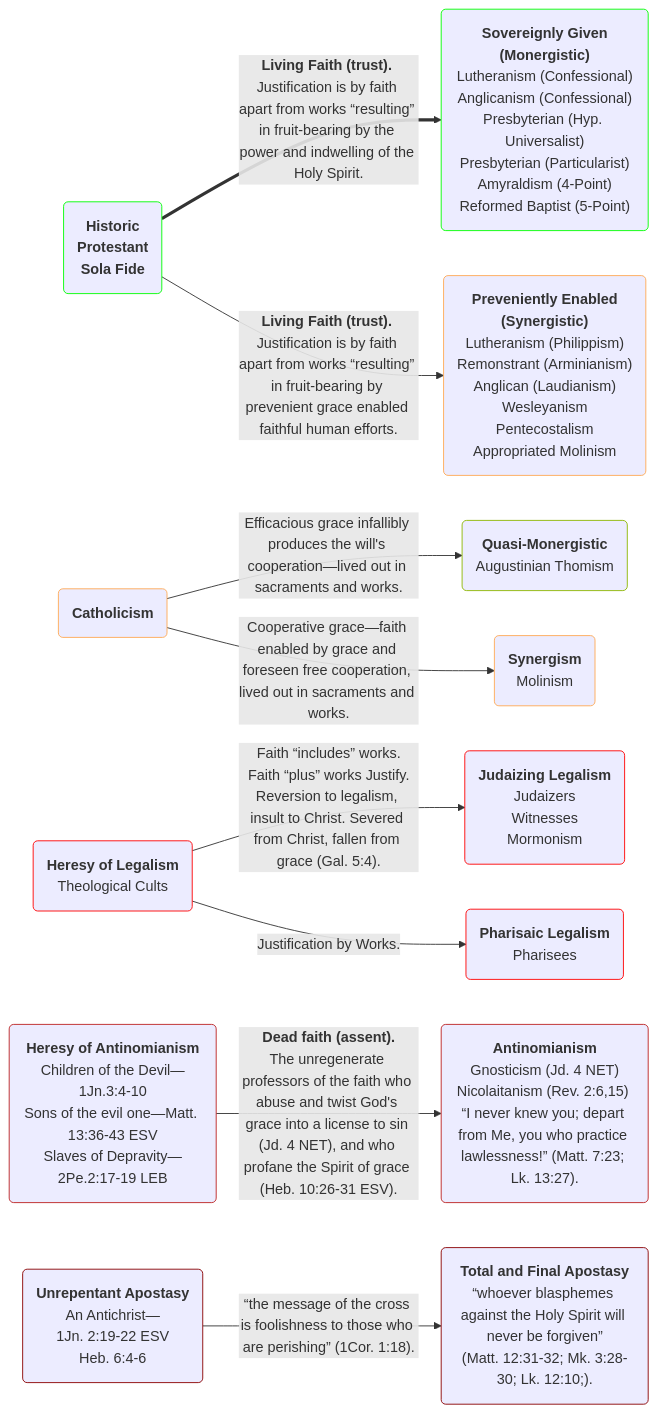
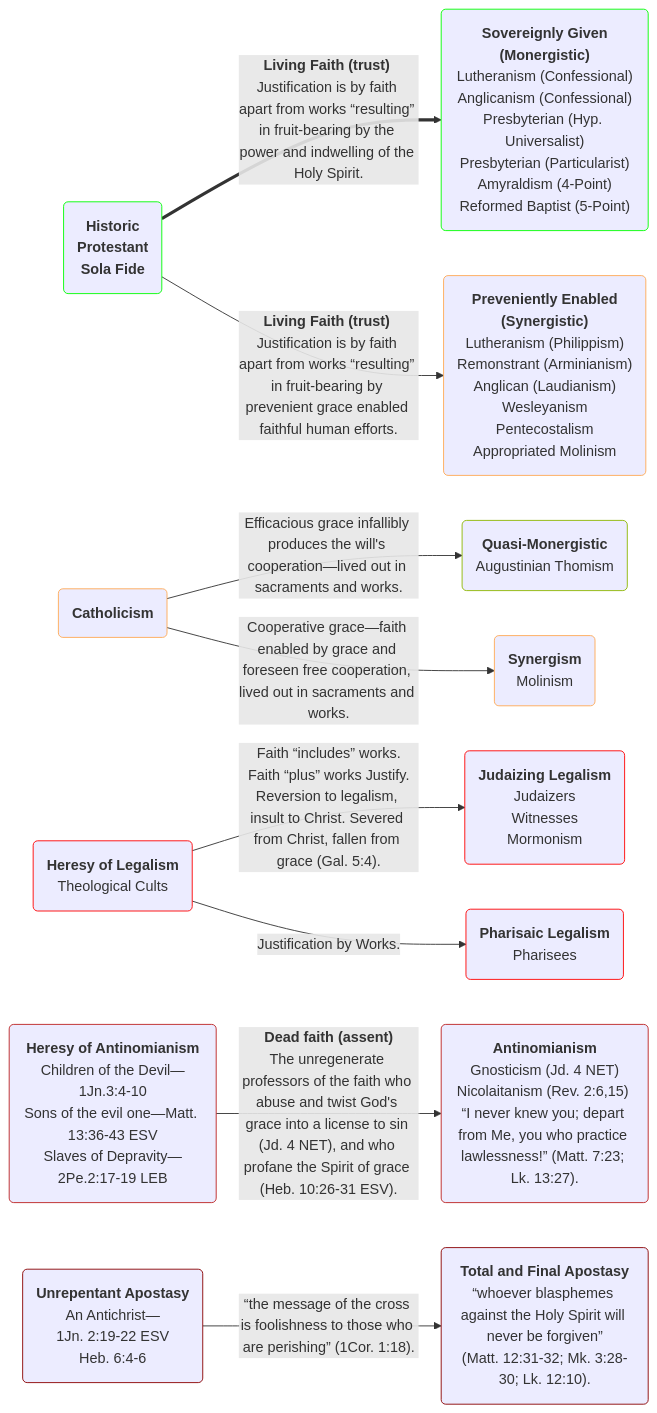
Before and after one commit to OrdoLuminis/ordoluminis.github.io: the first of 3 diagrams in _posts/2025-08-03-historic-protestant-position.markdown, drawn with Mermaid. The commit also changed other lines of this file, not shown here.

Commit message:
minor edits

````diff
--- a/_posts/2025-08-03-historic-protestant-position.markdown
+++ b/_posts/2025-08-03-historic-protestant-position.markdown
@@ -55,23 +55,23 @@
 ```mermaid
 flowchart LR
     A(<strong>Historic<br>Protestant<br>Sola Fide</strong>):::green
     B(<strong>Catholicism</strong>):::orange
     C(<strong>Heresy of Legalism</strong><br>Theological Cults):::red
     D(<strong>Heresy of Antinomianism</strong><br>Children of the Devil&mdash;1Jn.3:4-10<br>Sons of the evil one&mdash;Matt. 13:36-43 ESV<br>Slaves of Depravity&mdash;2Pe.2:17-19 LEB):::firebrick
     F(<strong>Unrepentant Apostasy</strong><br>An Antichrist&mdash;<br>1Jn. 2:19-22 ESV<br>Heb. 6:4-6):::darkred
-    A ==>|<strong>Living Faith &lpar;trust&rpar;.</strong> Justification is by faith apart from works &ldquo;resulting&rdquo; in fruit-bearing by the power and indwelling of the Holy Spirit.| G(<strong>Sovereignly Given<br>&lpar;Monergistic&rpar;</strong><br>Lutheranism &lpar;Confessional&rpar;<br>Anglicanism &lpar;Confessional&rpar;<br>Presbyterian &lpar;Hyp. Universalist&rpar;<br>Presbyterian &lpar;Particularist&rpar;<br>Amyraldism &lpar;4-Point&rpar;<br>Reformed Baptist &lpar;5-Point&rpar;):::green
-    A -->|<strong>Living Faith &lpar;trust&rpar;.</strong> Justification is by faith apart from works &ldquo;resulting&rdquo; in fruit-bearing by prevenient grace enabled faithful human efforts.| H(<strong>Preveniently Enabled<br>&lpar;Synergistic&rpar;</strong><br>Lutheranism &lpar;Philippism&rpar;<br>Remonstrant &lpar;Arminianism&rpar;<br>Anglican &lpar;Laudianism&rpar;<br>Wesleyanism<br>Pentecostalism<br>Appropriated Molinism):::orange
+    A ==>|<strong>Living Faith &lpar;trust&rpar;</strong> Justification is by faith apart from works &ldquo;resulting&rdquo; in fruit-bearing by the power and indwelling of the Holy Spirit.| G(<strong>Sovereignly Given<br>&lpar;Monergistic&rpar;</strong><br>Lutheranism &lpar;Confessional&rpar;<br>Anglicanism &lpar;Confessional&rpar;<br>Presbyterian &lpar;Hyp. Universalist&rpar;<br>Presbyterian &lpar;Particularist&rpar;<br>Amyraldism &lpar;4-Point&rpar;<br>Reformed Baptist &lpar;5-Point&rpar;):::green
+    A -->|<strong>Living Faith &lpar;trust&rpar;</strong> Justification is by faith apart from works &ldquo;resulting&rdquo; in fruit-bearing by prevenient grace enabled faithful human efforts.| H(<strong>Preveniently Enabled<br>&lpar;Synergistic&rpar;</strong><br>Lutheranism &lpar;Philippism&rpar;<br>Remonstrant &lpar;Arminianism&rpar;<br>Anglican &lpar;Laudianism&rpar;<br>Wesleyanism<br>Pentecostalism<br>Appropriated Molinism):::orange
     B -->|Efficacious grace infallibly produces the will's cooperation&mdash;lived out in sacraments and works.| I(<strong>Quasi-Monergistic</strong><br>Augustinian Thomism):::yellowgreen
     B -->|Cooperative grace&mdash;faith enabled by grace and foreseen free cooperation, lived out in sacraments and works.| J(<strong>Synergism</strong><br>Molinism):::orange
     C -->|Faith &ldquo;includes&rdquo; works.<br>Faith &ldquo;plus&rdquo; works Justify.<br>Reversion to legalism, insult to Christ. Severed from Christ, fallen from grace &lpar;Gal. 5:4&rpar;.| K(<strong>Judaizing Legalism</strong><br>Judaizers<br>Witnesses<br>Mormonism):::red
     C -->|Justification by Works.| L(<strong>Pharisaic Legalism</strong><br>Pharisees<br>):::red
-    D -->|<strong>Dead faith &lpar;assent&rpar;.</strong><br>The unregenerate professors of the faith who abuse and twist God's grace into a license to sin &lpar;Jd. 4 NET&rpar;, and who profane the Spirit of grace &lpar;Heb. 10:26-31 ESV&rpar;.| M(<strong>Antinomianism</strong><br>Gnosticism &lpar;Jd. 4 NET&rpar;<br>Nicolaitanism &lpar;Rev. 2:6,15&rpar; &ldquo;I never knew you; depart from Me, you who practice lawlessness!&rdquo; &lpar;Matt. 7:23; Lk. 13:27&rpar;.):::firebrick
-    F -->|&ldquo;the message of the cross is foolishness to those who are perishing&rdquo; &lpar;1Cor. 1:18&rpar;.| N(<strong>Total and Final Apostasy</strong><br>&ldquo;whoever blasphemes against the Holy Spirit will never be forgiven&rdquo;<br>&lpar;Matt. 12:31-32; Mk. 3:28-30; Lk. 12:10;&rpar;.):::darkred
+    D -->|<strong>Dead faith &lpar;assent&rpar;</strong><br>The unregenerate professors of the faith who abuse and twist God's grace into a license to sin &lpar;Jd. 4 NET&rpar;, and who profane the Spirit of grace &lpar;Heb. 10:26-31 ESV&rpar;.| M(<strong>Antinomianism</strong><br>Gnosticism &lpar;Jd. 4 NET&rpar;<br>Nicolaitanism &lpar;Rev. 2:6,15&rpar; &ldquo;I never knew you; depart from Me, you who practice lawlessness!&rdquo; &lpar;Matt. 7:23; Lk. 13:27&rpar;.):::firebrick
+    F -->|&ldquo;the message of the cross is foolishness to those who are perishing&rdquo; &lpar;1Cor. 1:18&rpar;.| N(<strong>Total and Final Apostasy</strong><br>&ldquo;whoever blasphemes against the Holy Spirit will never be forgiven&rdquo;<br>&lpar;Matt. 12:31-32; Mk. 3:28-30; Lk. 12:10&rpar;.):::darkred
     classDef red stroke:#f00
     classDef green stroke:#0f0
     classDef yellowgreen stroke:#8db600
     classDef orange stroke:#fa5
     classDef firebrick stroke:#b22
     classDef darkred stroke:#8B0000
     classDef darkerred stroke:#701705
 ```
````
